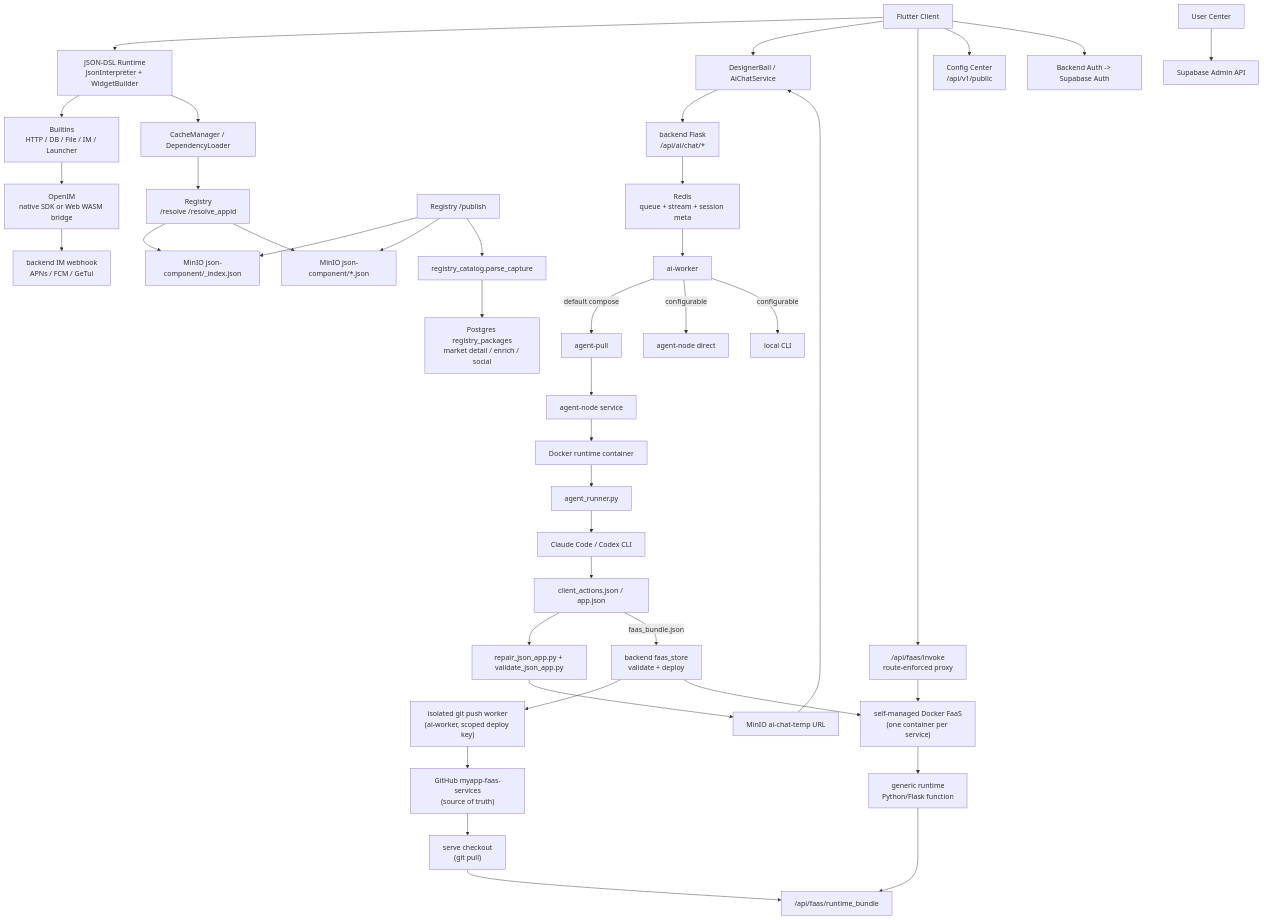
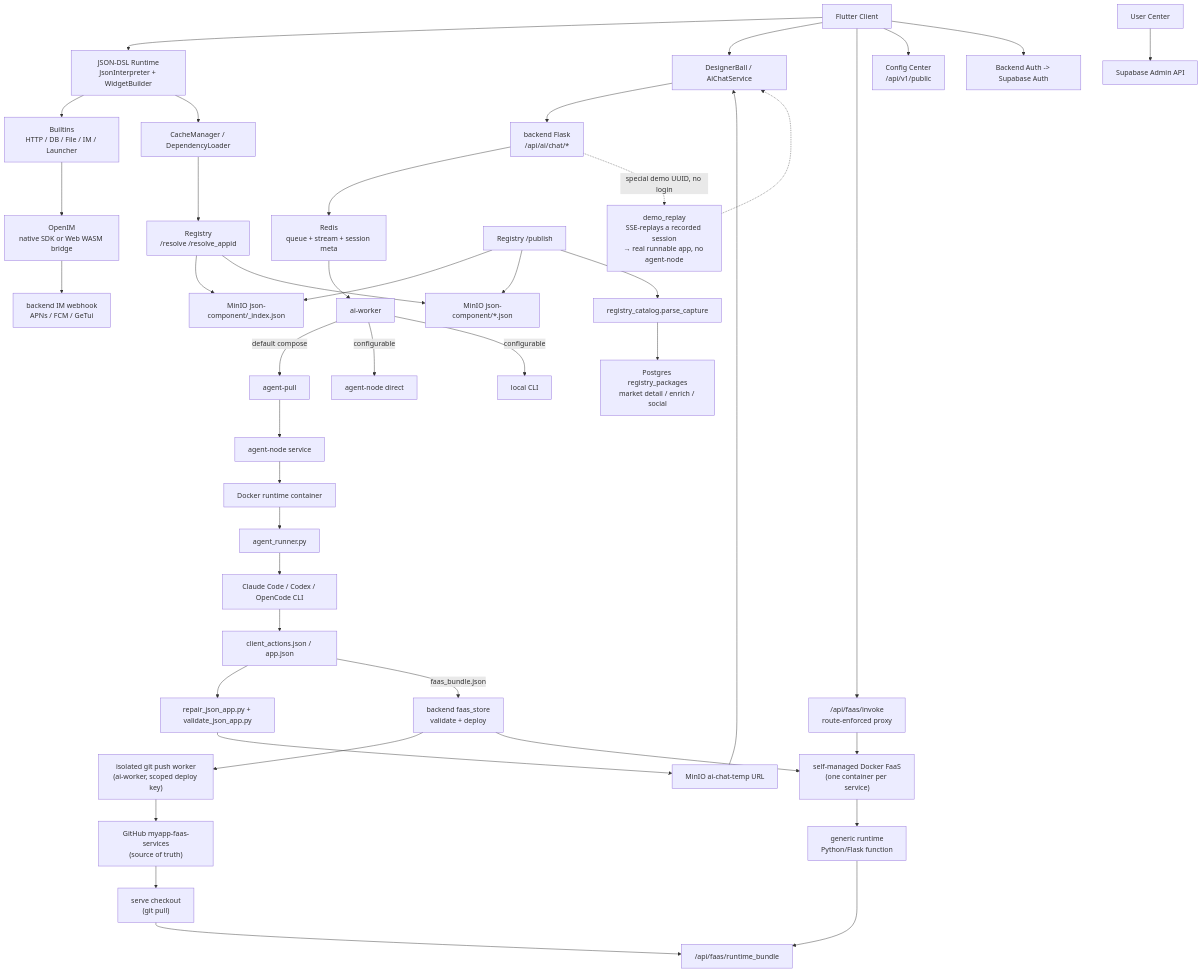
The diagram in README.md (dapangyu-fish/ai-app), drawn with Mermaid before and after one commit. The commit also changed other lines of this file, not shown here.

First line of the commit message:
docs(readme): 同步近期改动（多 agent/多 provider、免登录 demo、playbook、LOC、Roadmap）

````diff
--- a/README.md
+++ b/README.md
@@ -188,50 +190,53 @@
 ```mermaid
 flowchart TB
   Client["Flutter Client"] --> Runtime["JSON-DSL Runtime<br/>JsonInterpreter + WidgetBuilder"]
   Runtime --> Builtins["Builtins<br/>HTTP / DB / File / IM / Launcher"]
   Runtime --> Cache["CacheManager / DependencyLoader"]
   Cache --> RegistryResolve["Registry<br/>/resolve /resolve_appid"]
   RegistryResolve --> Index["MinIO json-component/_index.json"]
   RegistryResolve --> Objects["MinIO json-component/*.json"]
 
   Client --> AIChat["DesignerBall / AiChatService"]
   AIChat --> Backend["backend Flask<br/>/api/ai/chat/*"]
   Backend --> Redis["Redis<br/>queue + stream + session meta"]
   Redis --> Worker["ai-worker"]
 
+  Backend -.->|special demo UUID, no login| DemoReplay["demo_replay<br/>SSE-replays a recorded session<br/>→ real runnable app, no agent-node"]
+  DemoReplay -.-> AIChat
+
   Worker -->|default compose| AgentPull["agent-pull"]
   Worker -->|configurable| AgentNodeDirect["agent-node direct"]
   Worker -->|configurable| LocalCLI["local CLI"]
 
   AgentPull --> AgentNode["agent-node service"]
   AgentNode --> Docker["Docker runtime container"]
   Docker --> Runner["agent_runner.py"]
-  Runner --> CLI["Claude Code / Codex CLI"]
+  Runner --> CLI["Claude Code / Codex / OpenCode CLI"]
   CLI --> Actions["client_actions.json / app.json"]
   Actions --> Validate["repair_json_app.py + validate_json_app.py"]
   Validate --> TempMinIO["MinIO ai-chat-temp URL"]
   TempMinIO --> AIChat
 
   RegistryPublish["Registry /publish"] --> Index
   RegistryPublish --> Objects
   RegistryPublish --> Catalog["registry_catalog.parse_capture"]
   Catalog --> PG["Postgres registry_packages<br/>market detail / enrich / social"]
 
   Builtins --> IM["OpenIM<br/>native SDK or Web WASM bridge"]
   IM --> Push["backend IM webhook<br/>APNs / FCM / GeTui"]
 
   Actions -->|faas_bundle.json| FaaSDeploy["backend faas_store<br/>validate + deploy"]
   FaaSDeploy --> PushWorker["isolated git push worker<br/>(ai-worker, scoped deploy key)"]
   PushWorker --> FaaSRepo["GitHub myapp-faas-services<br/>(source of truth)"]
   FaaSRepo --> ServeCheckout["serve checkout<br/>(git pull)"]
   FaaSDeploy --> DockerFaaS["self-managed Docker FaaS<br/>(one container per service)"]
   DockerFaaS --> FaaSFn["generic runtime<br/>Python/Flask function"]
   ServeCheckout --> FaaSBundle["/api/faas/runtime_bundle"]
   FaaSFn --> FaaSBundle
   Client --> FaaSInvoke["/api/faas/invoke<br/>route-enforced proxy"]
   FaaSInvoke --> DockerFaaS
 
   Client --> Config["Config Center<br/>/api/v1/public"]
   Client --> Auth["Backend Auth -> Supabase Auth"]
   UserCenter["User Center"] --> Supabase["Supabase Admin API"]
 ```
````
